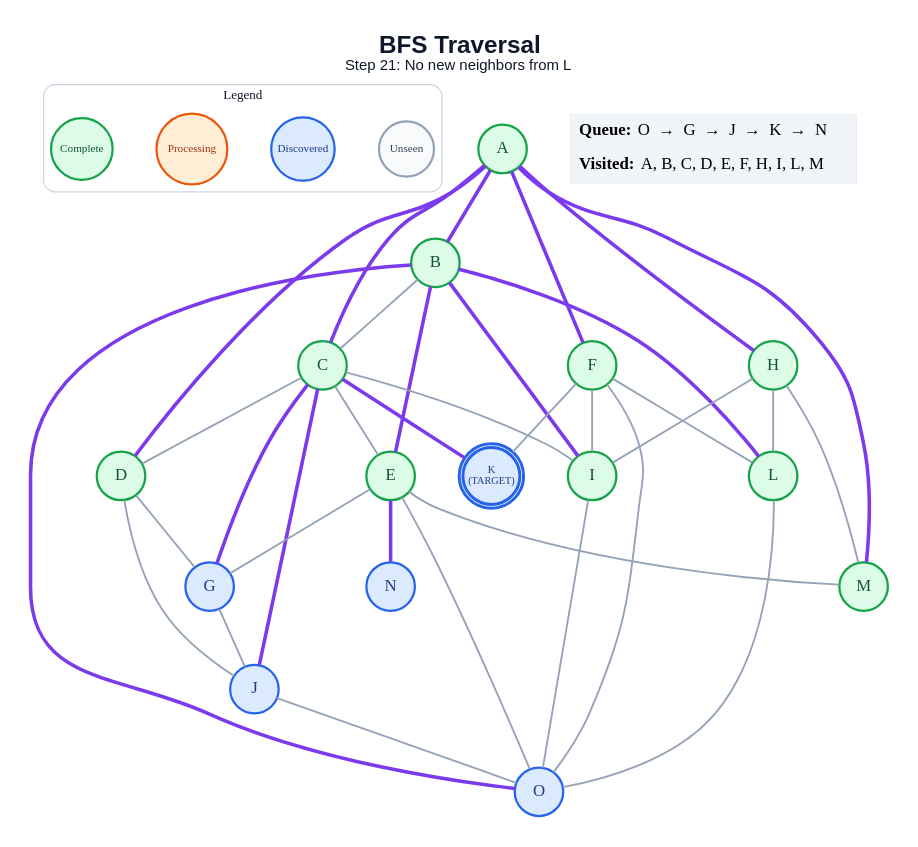
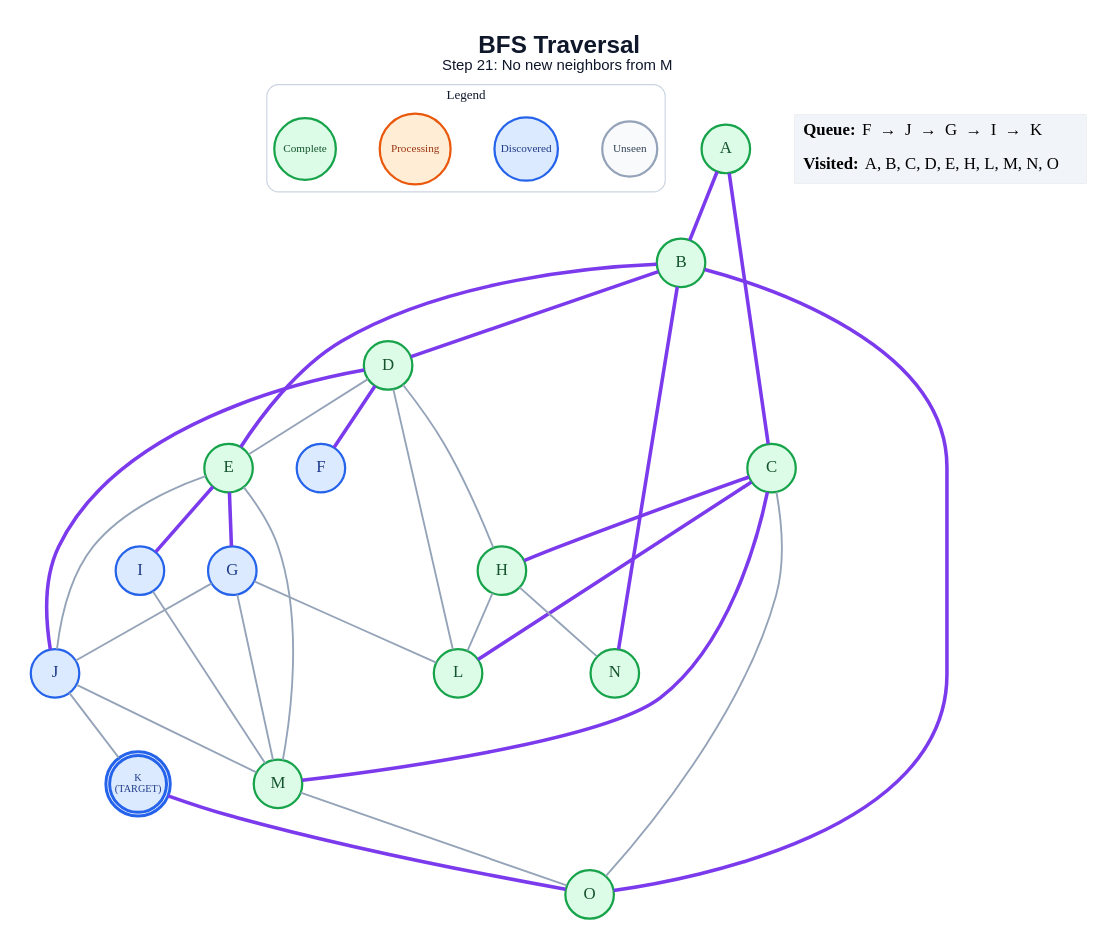
One commit to anon7238593-create/ai-slop changed the diagram in generated/bfs/step_21.dot. Above: the diagram before and after it, drawn with Graphviz. The commit also changed 305 other files, not shown here.

```diff
--- a/generated/bfs/step_21.dot
+++ b/generated/bfs/step_21.dot
@@ -1,68 +1,63 @@
 graph traversal {
   graph [layout=dot, rankdir=TB, bgcolor="#FFFFFF", pad="0.35", nodesep="0.65", ranksep="0.8", fontname="Arial"];
   node [shape=circle, style="filled", fontname="Arial Bold", fontsize=18, width=0.72, fixedsize=true, penwidth=2.4];
   edge [color="#94A3B8", penwidth=2.0];
-  label=<<B>BFS Traversal</B><BR/><FONT POINT-SIZE="16">Step 21: No new neighbors from L</FONT>>; labelloc="t"; fontsize=26; fontname="Arial"; fontcolor="#0F172A";
+  label=<<B>BFS Traversal</B><BR/><FONT POINT-SIZE="16">Step 21: No new neighbors from M</FONT>>; labelloc="t"; fontsize=26; fontname="Arial"; fontcolor="#0F172A";
   subgraph cluster_legend { label="Legend"; color="#CBD5E1"; penwidth=1.2; style="rounded"; fontsize=14; fontname="Arial Bold";
     key_unseen [label="Unseen", fillcolor="#F8FAFC", color="#94A3B8", fontcolor="#334155", fontsize=12, width=0.82];
     key_frontier [label="Discovered", fillcolor="#DBEAFE", color="#2563EB", fontcolor="#1E3A8A", fontsize=12, width=0.95];
     key_current [label="Processing", fillcolor="#FFEDD5", color="#EA580C", fontcolor="#9A3412", fontsize=12, width=1.05];
     key_done [label="Complete", fillcolor="#DCFCE7", color="#16A34A", fontcolor="#14532D", fontsize=12, width=0.92];
     { rank=same; key_unseen; key_frontier; key_current; key_done; }
   }
   A [label="A", fillcolor="#DCFCE7", color="#16A34A", fontcolor="#14532D", peripheries=1, penwidth=2.4];
   B [label="B", fillcolor="#DCFCE7", color="#16A34A", fontcolor="#14532D", peripheries=1, penwidth=2.4];
   C [label="C", fillcolor="#DCFCE7", color="#16A34A", fontcolor="#14532D", peripheries=1, penwidth=2.4];
   D [label="D", fillcolor="#DCFCE7", color="#16A34A", fontcolor="#14532D", peripheries=1, penwidth=2.4];
   E [label="E", fillcolor="#DCFCE7", color="#16A34A", fontcolor="#14532D", peripheries=1, penwidth=2.4];
-  F [label="F", fillcolor="#DCFCE7", color="#16A34A", fontcolor="#14532D", peripheries=1, penwidth=2.4];
+  F [label="F", fillcolor="#DBEAFE", color="#2563EB", fontcolor="#1E3A8A", peripheries=1, penwidth=2.4];
   G [label="G", fillcolor="#DBEAFE", color="#2563EB", fontcolor="#1E3A8A", peripheries=1, penwidth=2.4];
   H [label="H", fillcolor="#DCFCE7", color="#16A34A", fontcolor="#14532D", peripheries=1, penwidth=2.4];
-  I [label="I", fillcolor="#DCFCE7", color="#16A34A", fontcolor="#14532D", peripheries=1, penwidth=2.4];
+  I [label="I", fillcolor="#DBEAFE", color="#2563EB", fontcolor="#1E3A8A", peripheries=1, penwidth=2.4];
   J [label="J", fillcolor="#DBEAFE", color="#2563EB", fontcolor="#1E3A8A", peripheries=1, penwidth=2.4];
   K [label="K\n(TARGET)", fillcolor="#DBEAFE", color="#2563EB", fontcolor="#1E3A8A", peripheries=2, penwidth=3.2, fontsize=11, width=0.85, height=0.85];
   L [label="L", fillcolor="#DCFCE7", color="#16A34A", fontcolor="#14532D", peripheries=1, penwidth=2.4];
   M [label="M", fillcolor="#DCFCE7", color="#16A34A", fontcolor="#14532D", peripheries=1, penwidth=2.4];
-  N [label="N", fillcolor="#DBEAFE", color="#2563EB", fontcolor="#1E3A8A", peripheries=1, penwidth=2.4];
-  O [label="O", fillcolor="#DBEAFE", color="#2563EB", fontcolor="#1E3A8A", peripheries=1, penwidth=2.4];
+  N [label="N", fillcolor="#DCFCE7", color="#16A34A", fontcolor="#14532D", peripheries=1, penwidth=2.4];
+  O [label="O", fillcolor="#DCFCE7", color="#16A34A", fontcolor="#14532D", peripheries=1, penwidth=2.4];
   A -- B [color="#7C3AED", penwidth=3.8];
   A -- C [color="#7C3AED", penwidth=3.8];
-  A -- D [color="#7C3AED", penwidth=3.8];
-  A -- F [color="#7C3AED", penwidth=3.8];
-  A -- H [color="#7C3AED", penwidth=3.8];
-  A -- M [color="#7C3AED", penwidth=3.8];
-  B -- C;
+  B -- D [color="#7C3AED", penwidth=3.8];
   B -- E [color="#7C3AED", penwidth=3.8];
-  B -- I [color="#7C3AED", penwidth=3.8];
-  B -- L [color="#7C3AED", penwidth=3.8];
+  B -- N [color="#7C3AED", penwidth=3.8];
   B -- O [color="#7C3AED", penwidth=3.8];
-  C -- D;
-  C -- E;
-  C -- G [color="#7C3AED", penwidth=3.8];
-  C -- I;
-  C -- J [color="#7C3AED", penwidth=3.8];
-  C -- K [color="#7C3AED", penwidth=3.8];
-  D -- G;
-  D -- J;
-  E -- G;
+  C -- H [color="#7C3AED", penwidth=3.8];
+  C -- L [color="#7C3AED", penwidth=3.8];
+  C -- M [color="#7C3AED", penwidth=3.8];
+  C -- O;
+  D -- E;
+  D -- F [color="#7C3AED", penwidth=3.8];
+  D -- H;
+  D -- J [color="#7C3AED", penwidth=3.8];
+  D -- L;
+  E -- G [color="#7C3AED", penwidth=3.8];
+  E -- I [color="#7C3AED", penwidth=3.8];
+  E -- J;
   E -- M;
-  E -- N [color="#7C3AED", penwidth=3.8];
-  E -- O;
-  F -- I;
-  F -- K;
-  F -- L;
-  F -- O;
   G -- J;
-  H -- I;
+  G -- L;
+  G -- M;
   H -- L;
-  H -- M;
-  I -- O;
-  J -- O;
-  L -- O;
+  H -- N;
+  I -- M;
+  J -- K;
+  J -- M;
+  K -- O [color="#7C3AED", penwidth=3.8];
+  M -- O;
   status [shape=plain, fixedsize=false, width=0, height=0, margin=0, label=<
     <TABLE BORDER="0" CELLBORDER="0" CELLPADDING="7" BGCOLOR="#F1F5F9">
-      <TR><TD ALIGN="LEFT"><B>Queue:</B> O  →  G  →  J  →  K  →  N</TD></TR>
-      <TR><TD ALIGN="LEFT"><B>Visited:</B> A, B, C, D, E, F, H, I, L, M</TD></TR>
+      <TR><TD ALIGN="LEFT"><B>Queue:</B> F  →  J  →  G  →  I  →  K</TD></TR>
+      <TR><TD ALIGN="LEFT"><B>Visited:</B> A, B, C, D, E, H, L, M, N, O</TD></TR>
     </TABLE>
   >];
 }
```
